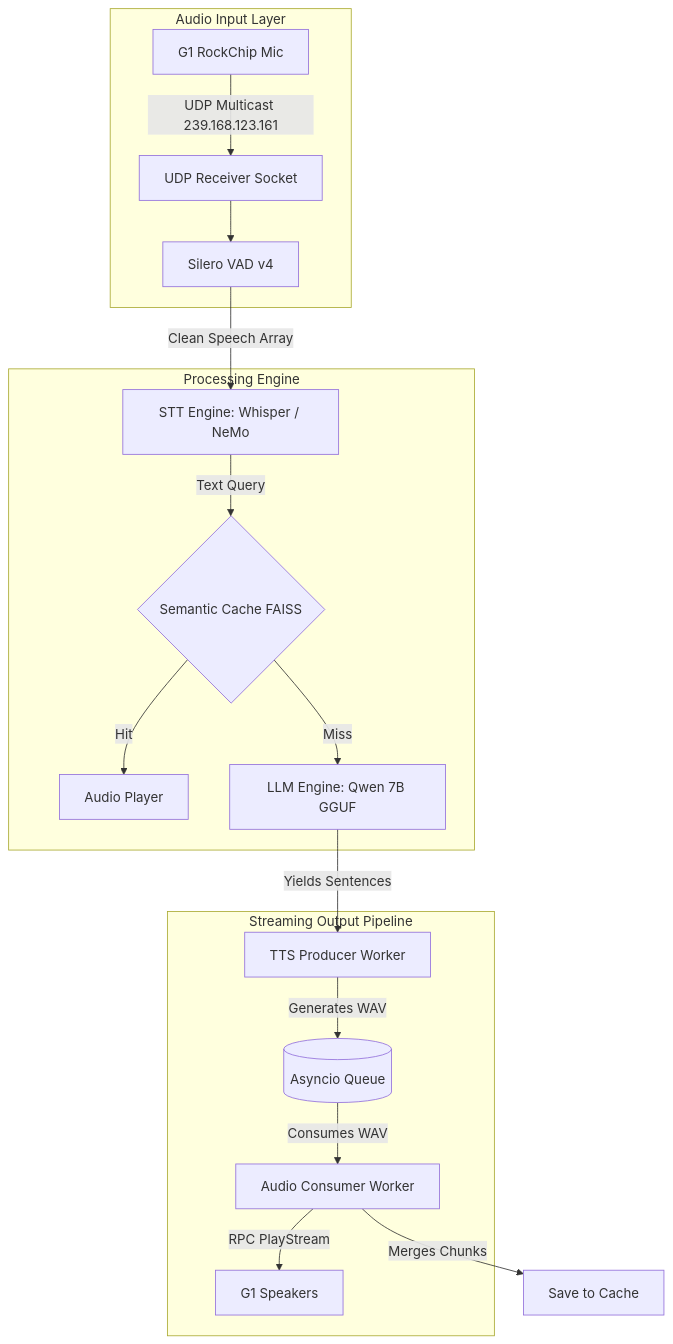
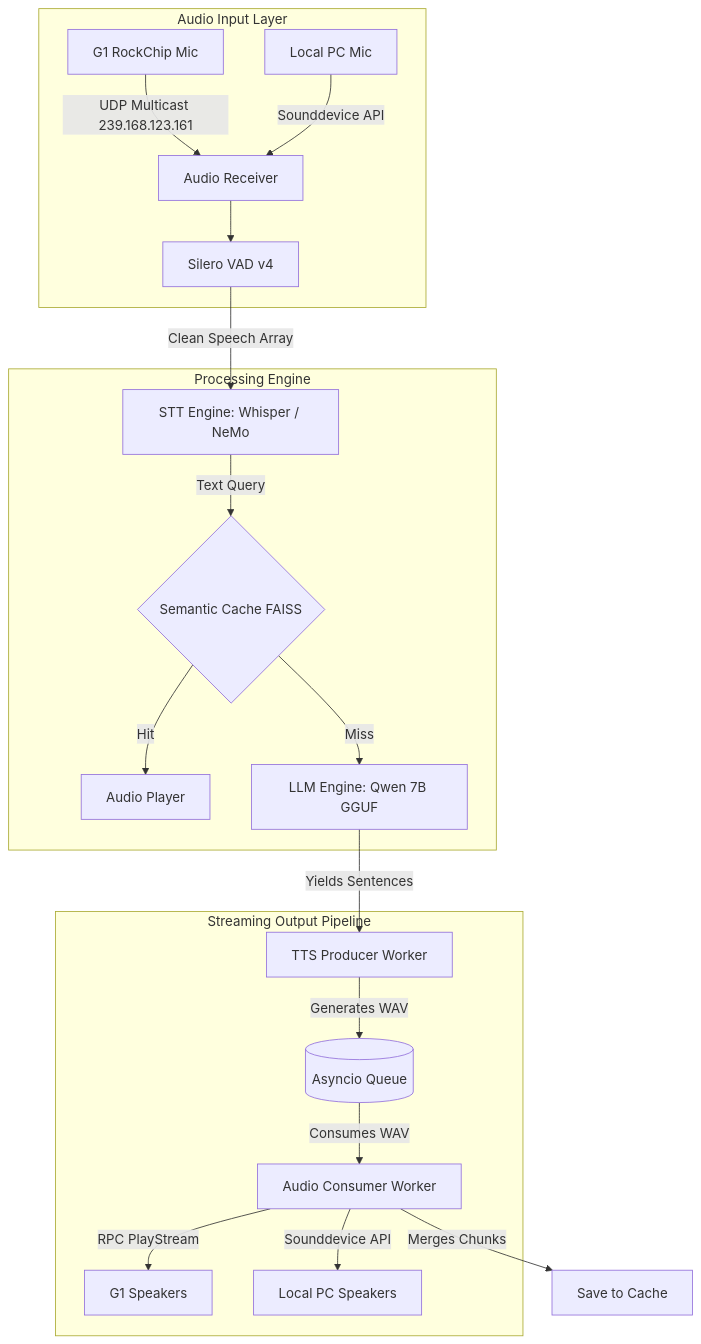
Before and after one commit to ArtZap/KuzmichAI-UnitreeG1: the diagram in README.md, drawn with Mermaid. The commit also changed other lines of this file, not shown here.

````diff
--- a/README.md
+++ b/README.md
@@ -17,23 +19,26 @@
 ```mermaid
 graph TD
     subgraph Input [Audio Input Layer]
-        M[G1 RockChip Mic] -- UDP Multicast 239.168.123.161 --> UDP[UDP Receiver Socket]
+        M1[G1 RockChip Mic] -- UDP Multicast 239.168.123.161 --> UDP[Audio Receiver]
+        M2[Local PC Mic] -- Sounddevice API --> UDP
         UDP --> VAD[Silero VAD v4]
     end
 
     subgraph Core [Processing Engine]
         VAD -- Clean Speech Array --> STT[STT Engine: Whisper / NeMo]
         STT -- Text Query --> Cache{Semantic Cache FAISS}
         Cache -- Hit --> Play[Audio Player]
         Cache -- Miss --> LLM[LLM Engine: Qwen 7B GGUF]
     end
 
     subgraph AsyncPipeline [Streaming Output Pipeline]
         LLM -- Yields Sentences --> Worker1[TTS Producer Worker]
         Worker1 -- Generates WAV --> Queue[(Asyncio Queue)]
         Queue -- Consumes WAV --> Worker2[Audio Consumer Worker]
-        Worker2 -- RPC PlayStream --> Robot[G1 Speakers]
+        Worker2 -- RPC PlayStream --> Robot1[G1 Speakers]
+        Worker2 -- Sounddevice API --> Robot2[Local PC Speakers]
     end
     
     Worker2 -- Merges Chunks --> CacheWrite[Save to Cache]
+
 ```
````
